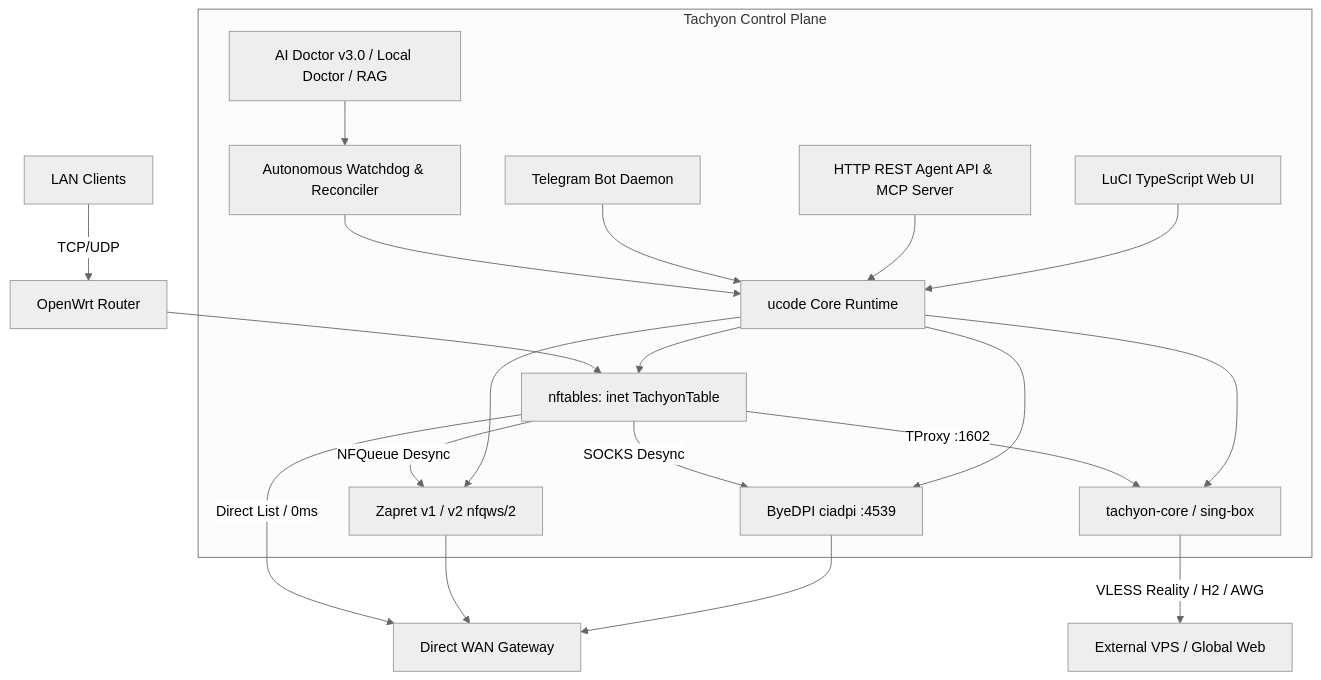
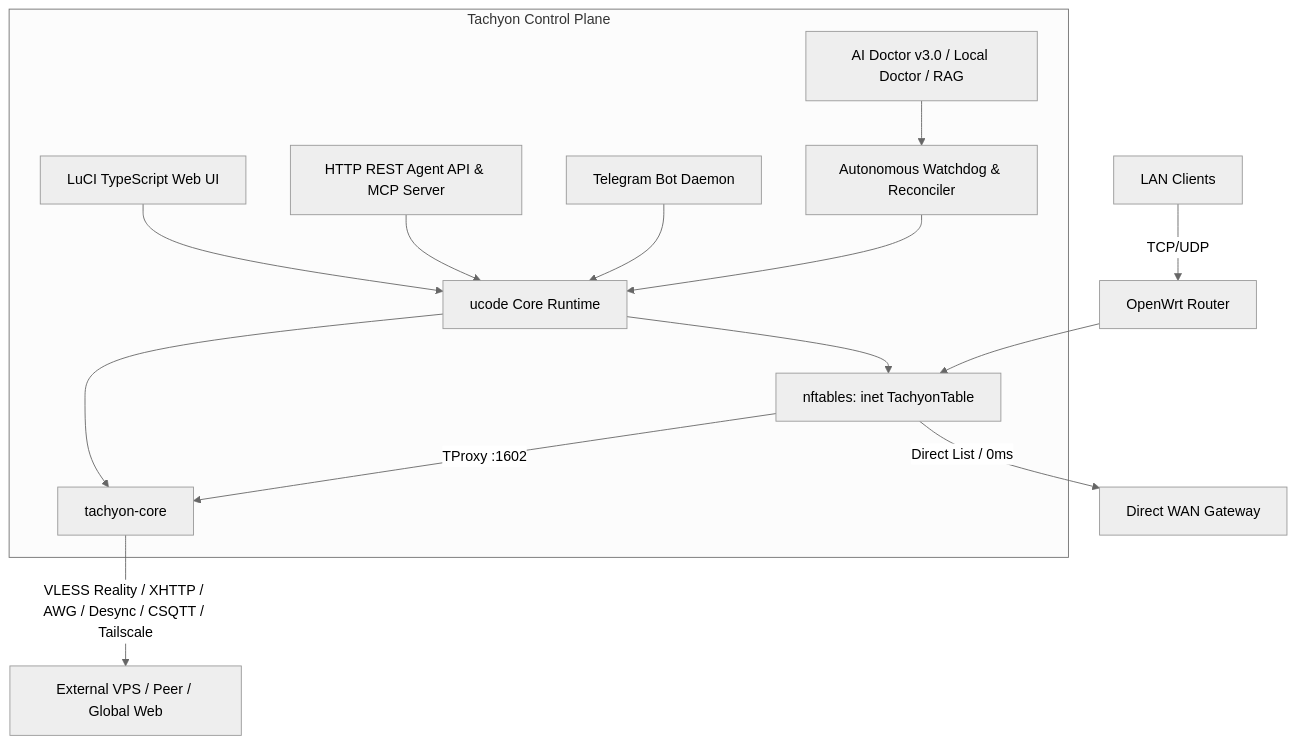
The diagram in docs/knowledge-base/01_SYSTEM_ARCHITECTURE.md (Dushnilin/tachyon), drawn with Mermaid (neutral theme) before and after one commit. The commit also changed other lines of this file and 557 other files, not shown here.

First line of the commit message:
Unify on tachyon-core, drop external providers, fix installer and UI

````diff
--- a/docs/knowledge-base/01_SYSTEM_ARCHITECTURE.md
+++ b/docs/knowledge-base/01_SYSTEM_ARCHITECTURE.md
@@ -7,26 +7,20 @@
 ```mermaid
 graph TD
     Client[LAN Clients] -->|TCP/UDP| Router[OpenWrt Router]
     Router --> NFT[nftables: inet TachyonTable]
     
     NFT -->|Direct List / 0ms| WAN[Direct WAN Gateway]
-    NFT -->|NFQueue Desync| Zapret[Zapret v1 / v2 nfqws/2]
-    NFT -->|SOCKS Desync| ByeDPI[ByeDPI ciadpi :4539]
-    NFT -->|TProxy :1602| SingBox[tachyon-core / sing-box]
+    NFT -->|TProxy :1602| TachyonCore[tachyon-core]
     
-    SingBox -->|VLESS Reality / H2 / AWG| VPS[External VPS / Global Web]
-    Zapret --> WAN
-    ByeDPI --> WAN
+    TachyonCore -->|VLESS Reality / XHTTP / AWG / Desync / CSQTT / Tailscale| VPS[External VPS / Peer / Global Web]
     
     subgraph Tachyon Control Plane
         UCODE[ucode Core Runtime] --> NFT
-        UCODE --> SingBox
-        UCODE --> Zapret
-        UCODE --> ByeDPI
+        UCODE --> TachyonCore
         Watchdog[Autonomous Watchdog & Reconciler] --> UCODE
         AIDoctor[AI Doctor v3.0 / Local Doctor / RAG] --> Watchdog
         Telegram[Telegram Bot Daemon] --> UCODE
         RestAPI[HTTP REST Agent API & MCP Server] --> UCODE
         LuCI[LuCI TypeScript Web UI] --> UCODE
     end
 ```
````
